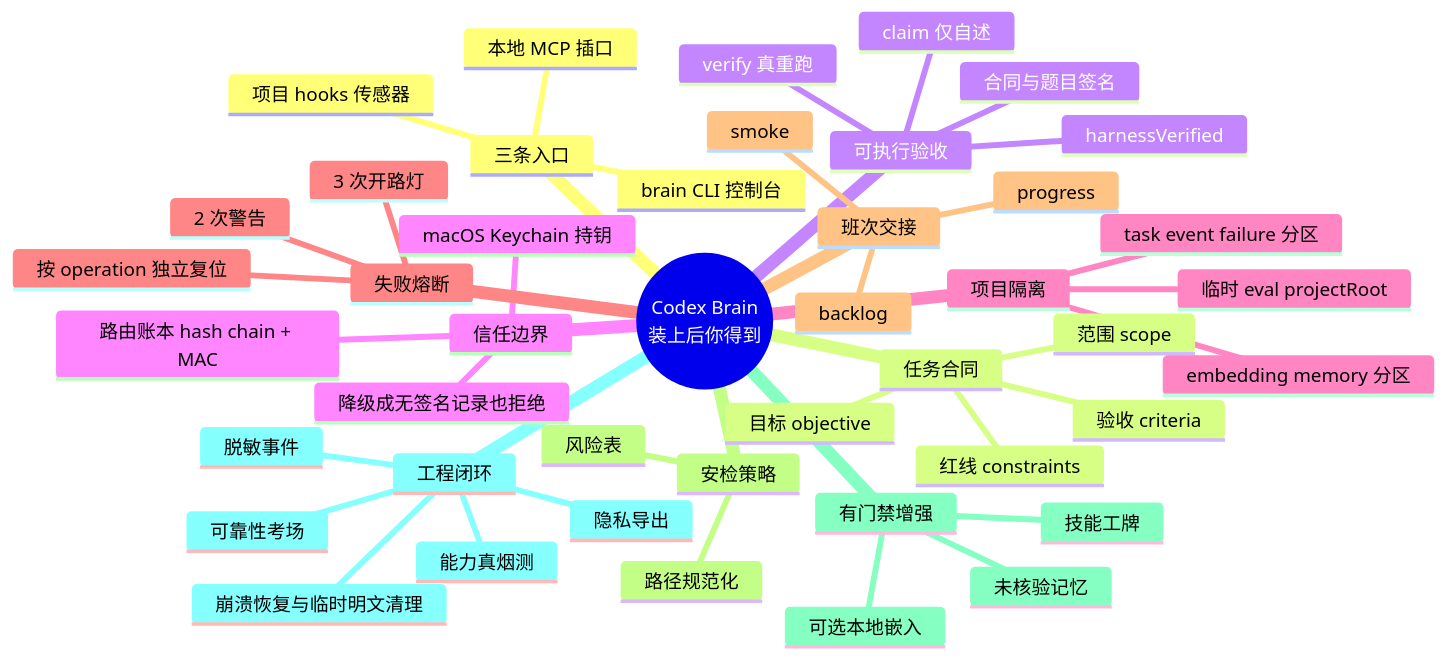
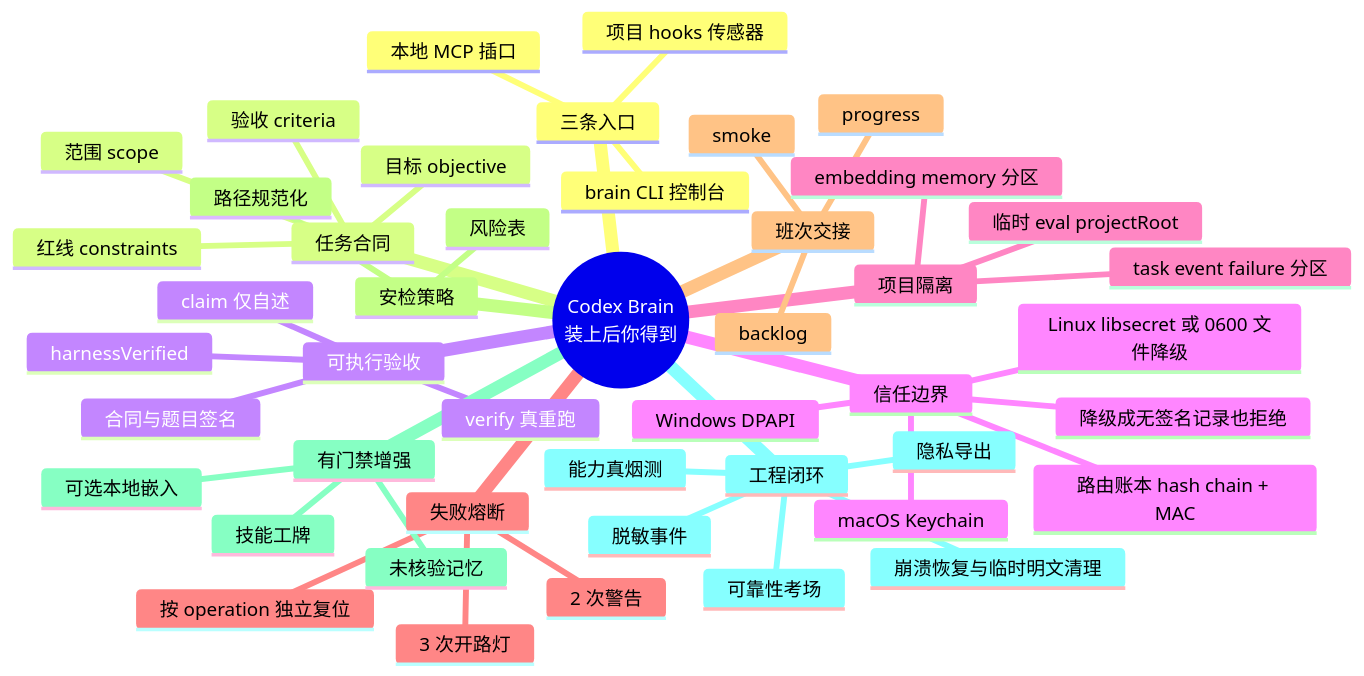
One commit to liuanye9-lab/codex-os-brain changed the second of 30 diagrams in README.md. Above: the diagram before and after it, drawn with Mermaid. The commit also changed other lines of this file and 51 other files, not shown here.

````diff
--- a/README.md
+++ b/README.md
@@ -116,47 +116,49 @@
 ```mermaid
 mindmap
   root((Codex Brain<br/>装上后你得到))
     三条入口
       项目 hooks 传感器
       brain CLI 控制台
       本地 MCP 插口
     任务合同
       目标 objective
       红线 constraints
       范围 scope
       验收 criteria
     可执行验收
       claim 仅自述
       verify 真重跑
       harnessVerified
       合同与题目签名
     信任边界
-      macOS Keychain 持钥
+      macOS Keychain
+      Windows DPAPI
+      Linux libsecret 或 0600 文件降级
       路由账本 hash chain + MAC
       降级成无签名记录也拒绝
     项目隔离
       task event failure 分区
       embedding memory 分区
       临时 eval projectRoot
     失败熔断
       2 次警告
       3 次开路灯
       按 operation 独立复位
     班次交接
       backlog
       progress
       smoke
     安检策略
       路径规范化
       风险表
     有门禁增强
       技能工牌
       未核验记忆
       可选本地嵌入
     工程闭环
       脱敏事件
       可靠性考场
       隐私导出
       能力真烟测
       崩溃恢复与临时明文清理
 ```
````
